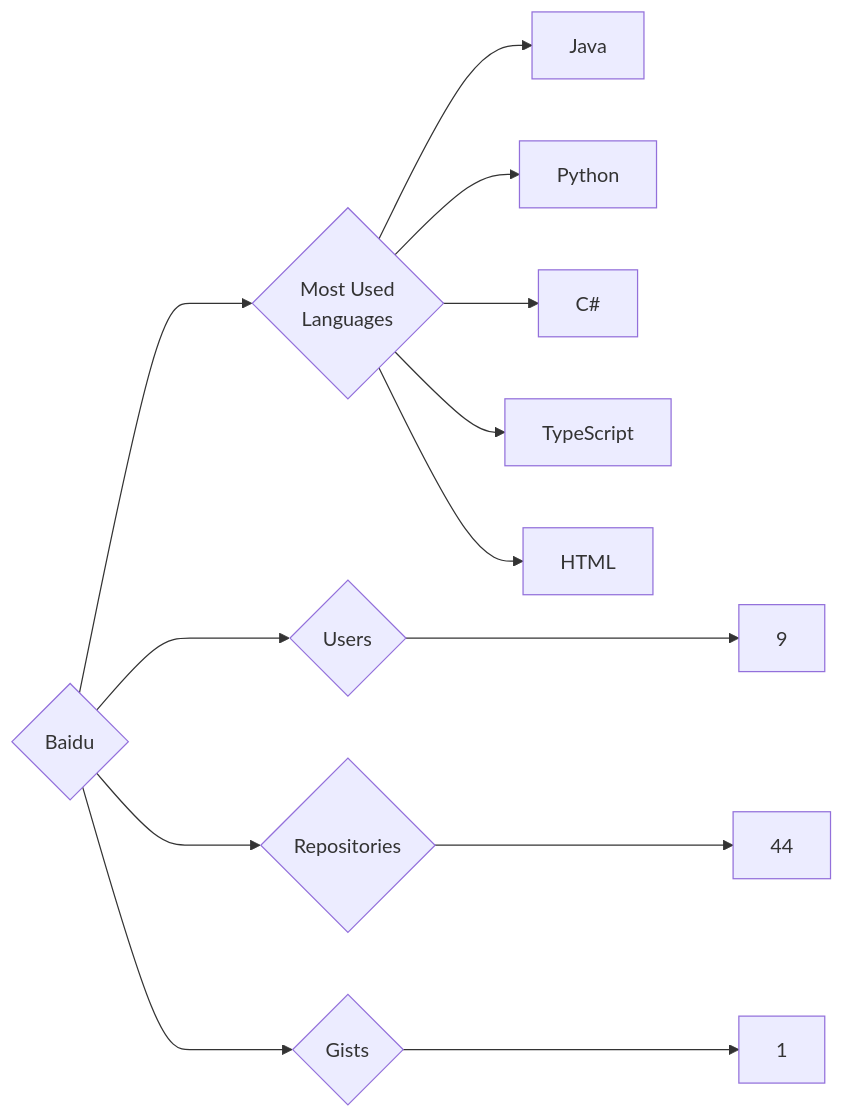
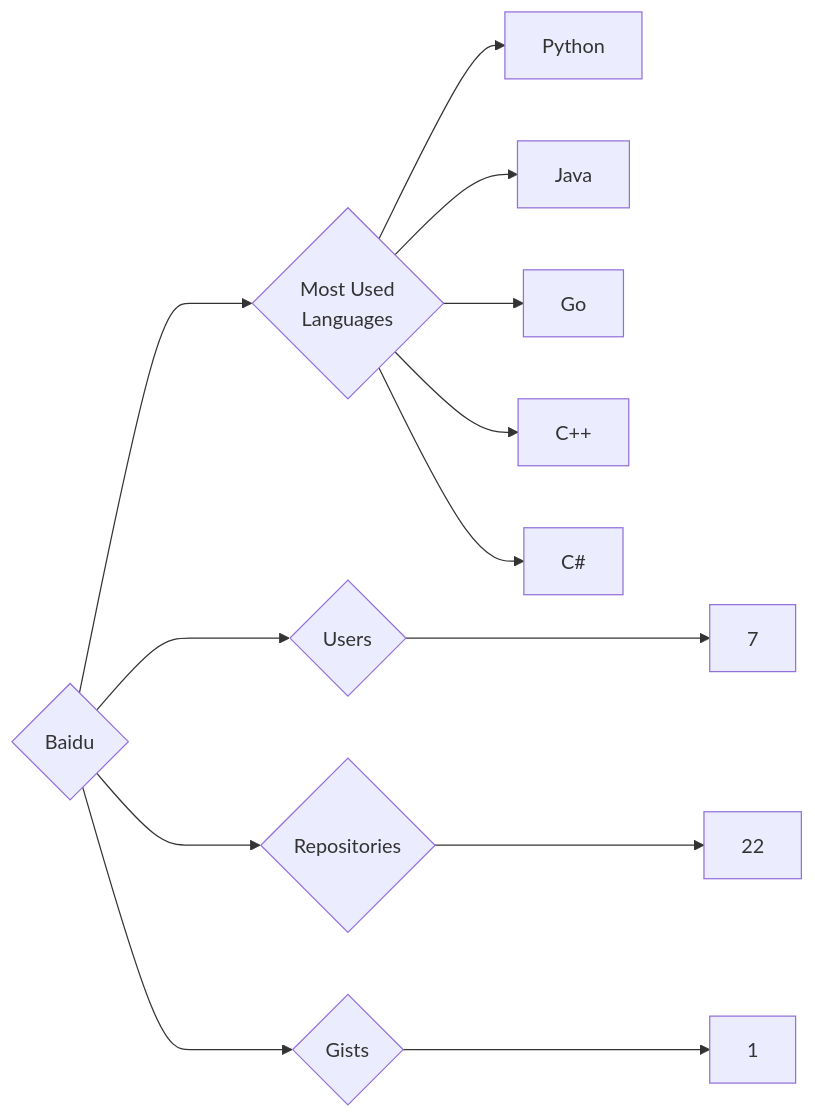
The diagram in targets/Baidu/README.md (trickest/insiders), drawn with Mermaid before and after one commit. The commit also changed 1007 other files, not shown here.

````diff
--- a/targets/Baidu/README.md
+++ b/targets/Baidu/README.md
@@ -3,13 +3,13 @@
 ```mermaid
 graph LR
 COMPANY_NAME{Baidu}
-COMPANY_NAME ---> U{Users} ---> UN[9]
-COMPANY_NAME ---> R{Repositories} ---> RN[44]
+COMPANY_NAME ---> U{Users} ---> UN[7]
+COMPANY_NAME ---> R{Repositories} ---> RN[22]
 COMPANY_NAME ---> G{Gists} ---> GN[1]
 COMPANY_NAME ---> ML{Most Used<br>Languages}
+ML --> Python[Python]
 ML --> Java[Java]
-ML --> Python[Python]
+ML --> Go[Go]
+ML --> C++[C++]
 ML --> C#[C#]
-ML --> TypeScript[TypeScript]
-ML --> HTML[HTML]
 ```
````
